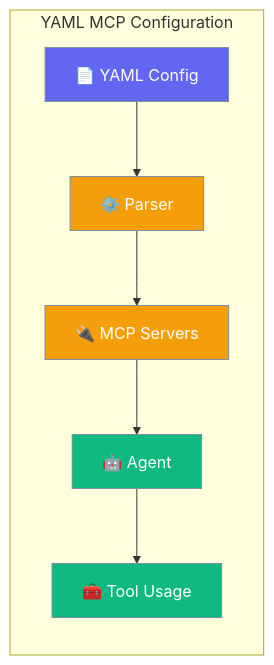
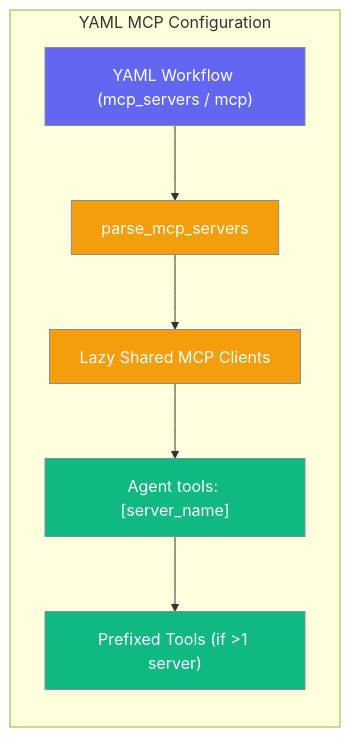
Before and after one commit to MervinPraison/PraisonAIDocs: the first of 2 diagrams in docs/features/mcp-yaml-config.mdx, drawn with Mermaid. The commit also changed other lines of this file, not shown here.

Commit message:
docs(mcp): update mcp-yaml-config for workflow mcp_servers, remote HTTP, and CLI helpers (#5107)

````diff
--- a/docs/features/mcp-yaml-config.mdx
+++ b/docs/features/mcp-yaml-config.mdx
@@ -20,17 +48,17 @@
 ```mermaid
 graph LR
     subgraph "YAML MCP Configuration"
-        YAML[📄 YAML Config] --> Parse[⚙️ Parser]
-        Parse --> MCP[🔌 MCP Servers]
-        MCP --> Agent[🤖 Agent]
-        Agent --> Tools[🧰 Tool Usage]
+        YAML["YAML Workflow (mcp_servers / mcp)"] --> Parse["parse_mcp_servers"]
+        Parse --> MCP["Lazy Shared MCP Clients"]
+        MCP --> Agent["Agent tools: [server_name]"]
+        Agent --> Tools["Prefixed Tools (if >1 server)"]
     end
-    
+
     classDef config fill:#6366F1,stroke:#7C90A0,color:#fff
     classDef process fill:#F59E0B,stroke:#7C90A0,color:#fff
     classDef output fill:#10B981,stroke:#7C90A0,color:#fff
-    
+
     class YAML config
     class Parse,MCP process
     class Agent,Tools output
 ```
````
